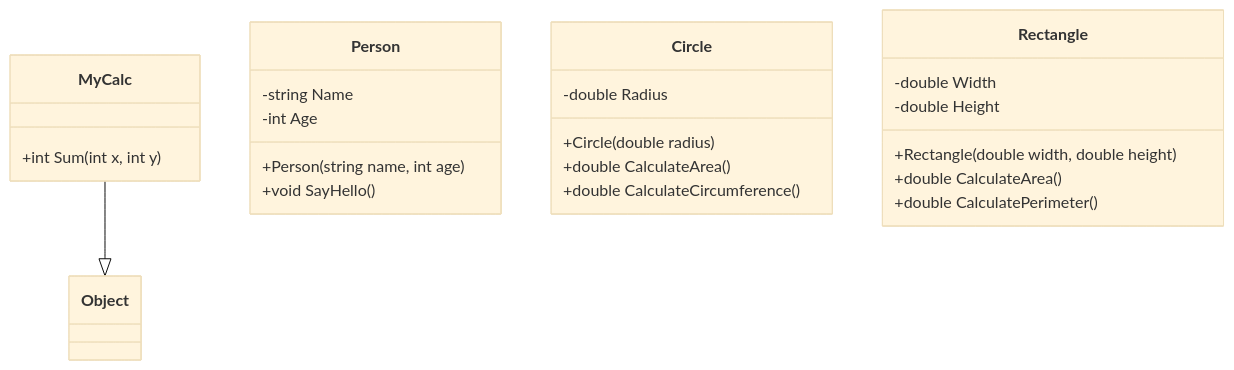
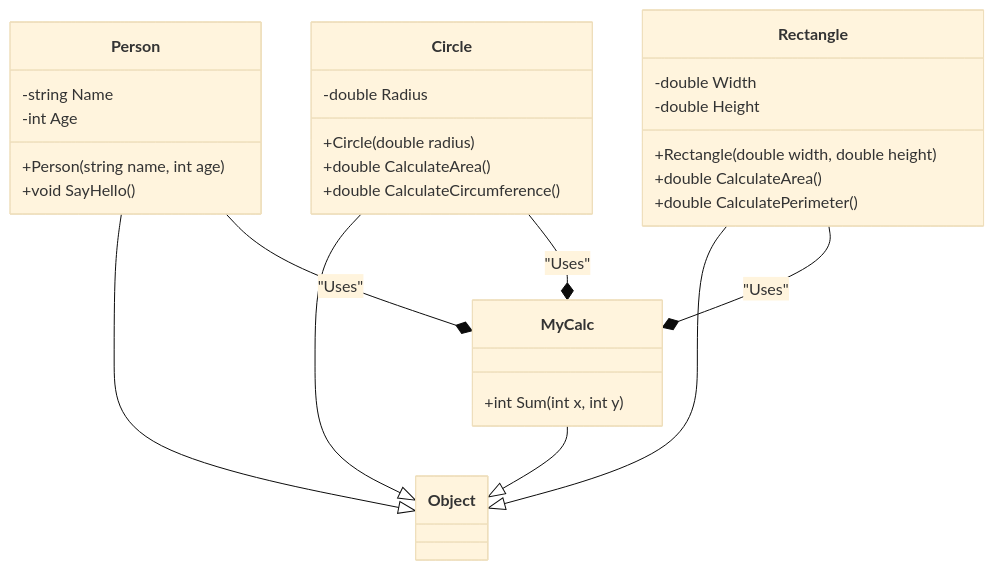
The diagram in README.md (Anatolyi12341/pract2), drawn with Mermaid (base theme) before and after one commit.

````diff
--- a/README.md
+++ b/README.md
@@ -1,26 +1,32 @@
 ```mermaid
 classDiagram
     class MyCalc {
         +int Sum(int x, int y)
     }
     class Person {
         -string Name
         -int Age
         +Person(string name, int age)
         +void SayHello()
     }
     class Circle {
         -double Radius
         +Circle(double radius)
         +double CalculateArea()
         +double CalculateCircumference()
     }
     class Rectangle {
         -double Width
         -double Height
         +Rectangle(double width, double height)
         +double CalculateArea()
         +double CalculatePerimeter()
     }
     MyCalc --|> Object
+    Person --|> Object
+    Circle --|> Object
+    Rectangle --|> Object
+    Person --* MyCalc : "Uses"
+    Circle --* MyCalc : "Uses"
+    Rectangle --* MyCalc : "Uses"
 ```
````
